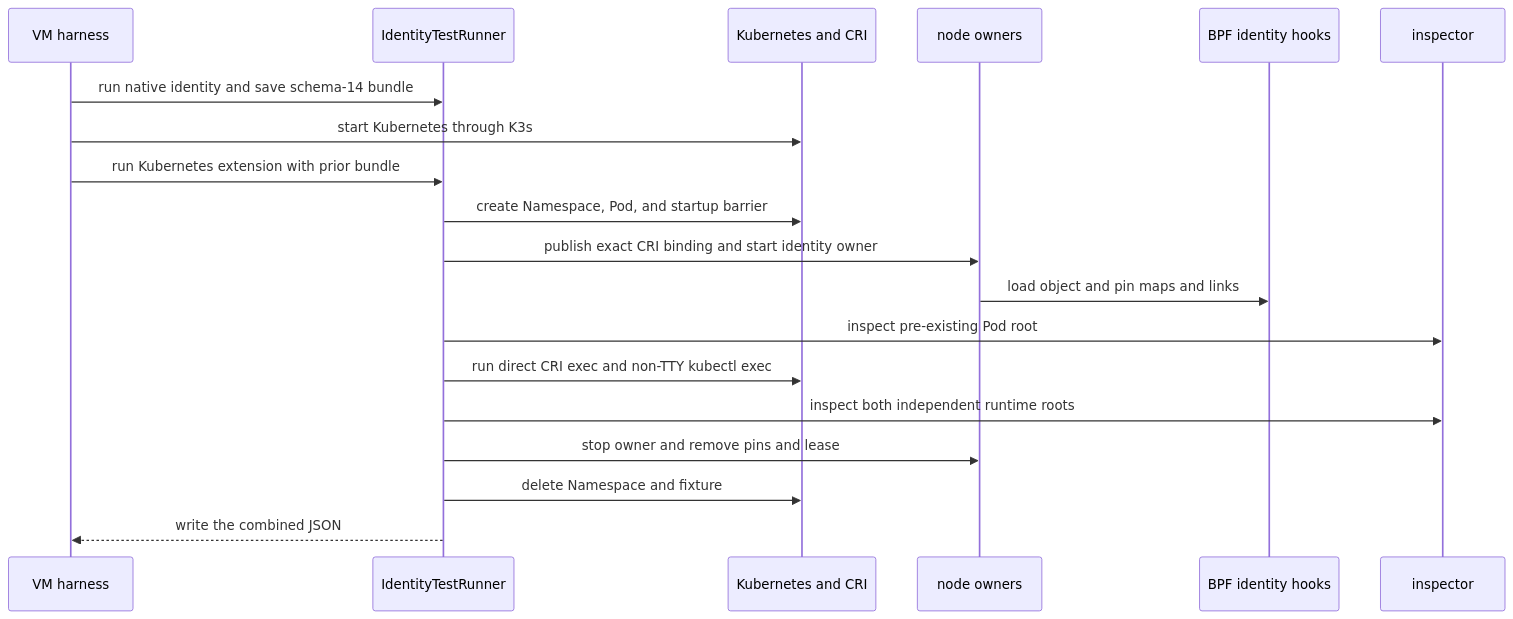
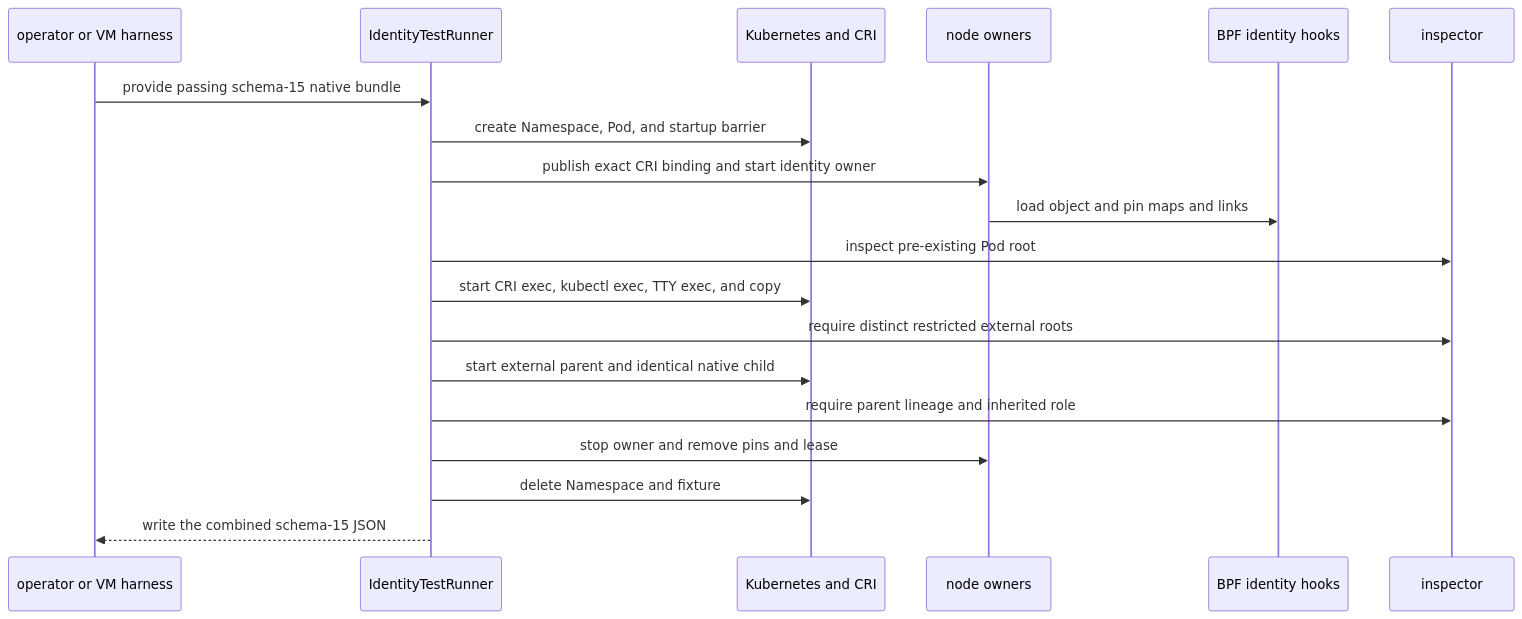
One commit to Ereborlabs/erebor-runtime changed the seventh of 38 diagrams in docs/plans/mithril-hugging-face-intrusion-prevention/implemented-phase-review.md. Above: the diagram before and after it, drawn with Mermaid. The commit also changed other lines of this file and 5 other files, not shown here.

Commit message:
docs(mithril): record Kubernetes exec evidence

````diff
--- a/docs/plans/mithril-hugging-face-intrusion-prevention/implemented-phase-review.md
+++ b/docs/plans/mithril-hugging-face-intrusion-prevention/implemented-phase-review.md
@@ -428,22 +441,22 @@
 ```mermaid
 sequenceDiagram
-    participant H as VM harness
+    participant O as operator or VM harness
     participant R as IdentityTestRunner
     participant K as Kubernetes and CRI
     participant N as node owners
     participant B as BPF identity hooks
     participant I as inspector
 
-    H->>R: run native identity and save schema-14 bundle
-    H->>K: start Kubernetes through K3s
-    H->>R: run Kubernetes extension with prior bundle
+    O->>R: provide passing schema-15 native bundle
     R->>K: create Namespace, Pod, and startup barrier
     R->>N: publish exact CRI binding and start identity owner
     N->>B: load object and pin maps and links
     R->>I: inspect pre-existing Pod root
-    R->>K: run direct CRI exec and non-TTY kubectl exec
-    R->>I: inspect both independent runtime roots
+    R->>K: start CRI exec, kubectl exec, TTY exec, and copy
+    R->>I: require distinct restricted external roots
+    R->>K: start external parent and identical native child
+    R->>I: require parent lineage and inherited role
     R->>N: stop owner and remove pins and lease
     R->>K: delete Namespace and fixture
-    R-->>H: write the combined JSON
+    R-->>O: write the combined schema-15 JSON
 ```
````
